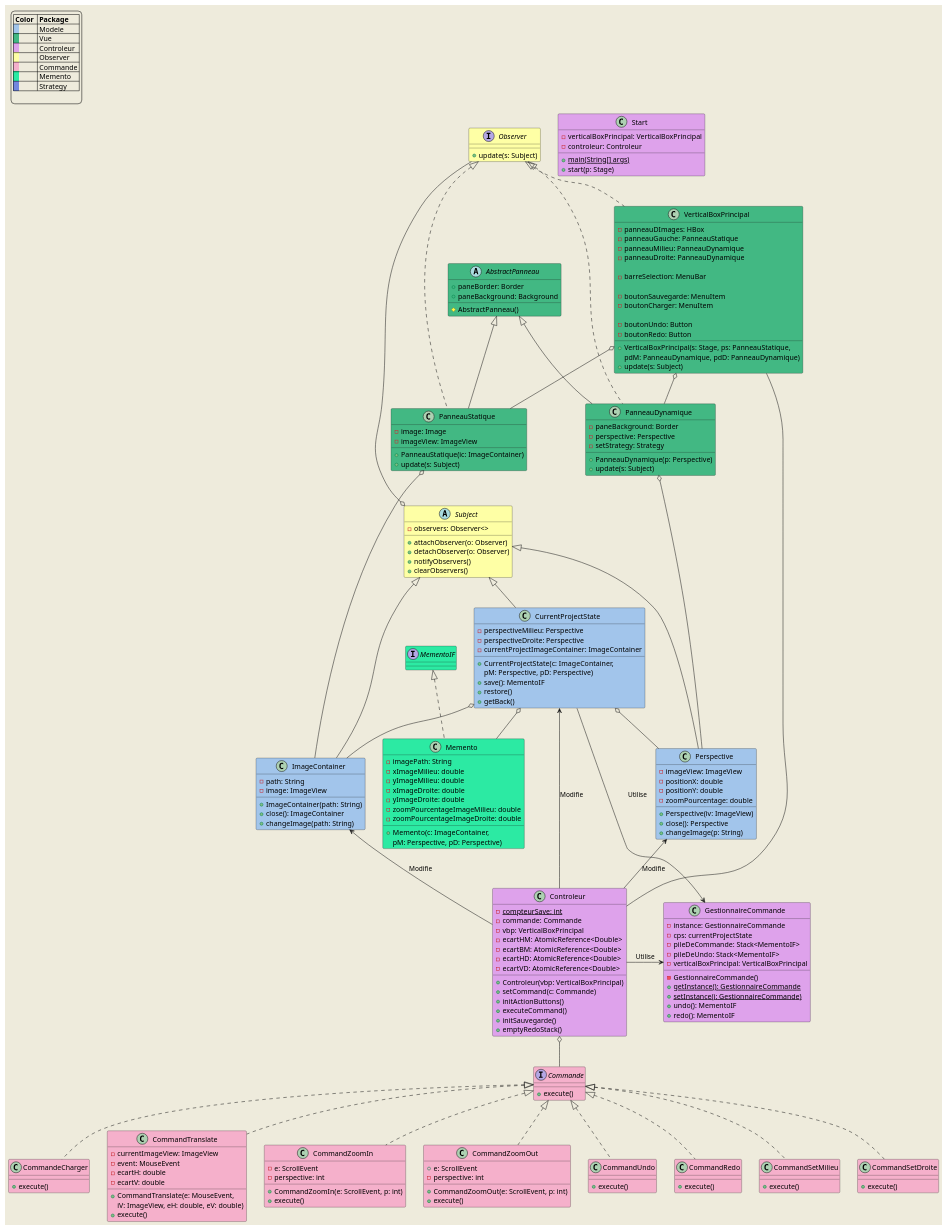
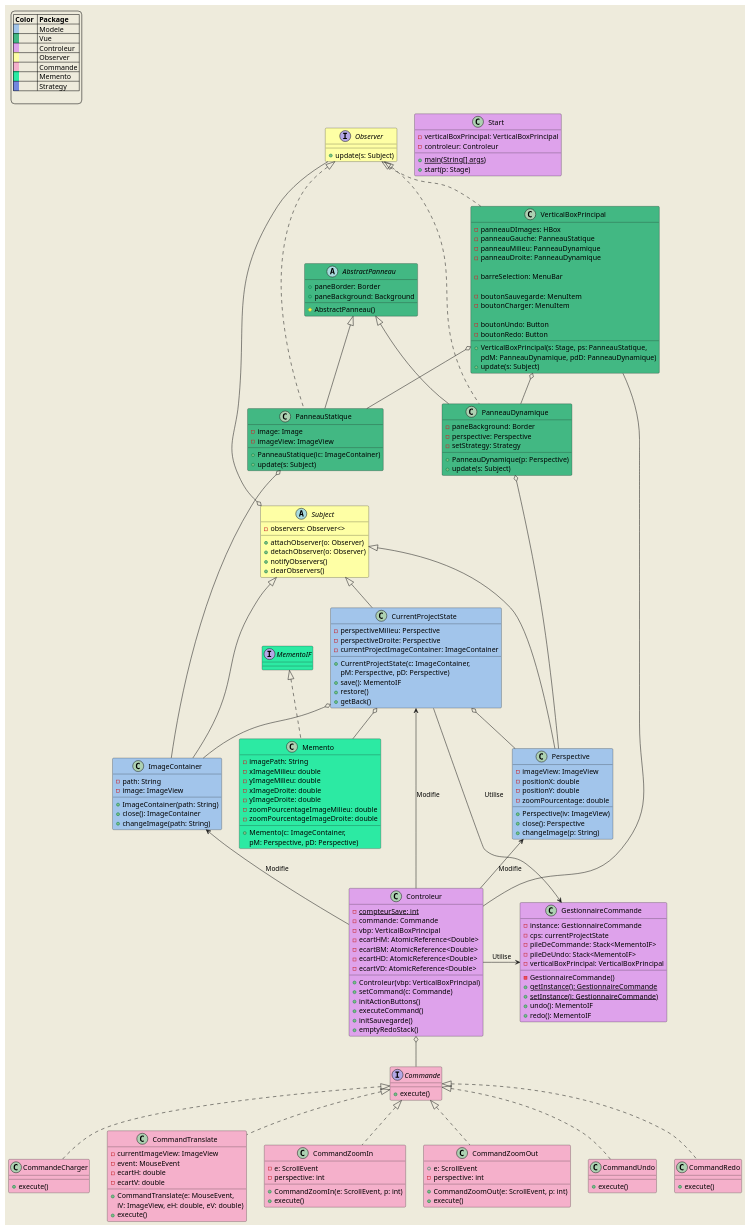
One commit to VelaSam/PerspectivePro changed the diagram in src/diagrammes/diagramme_de_classe_global.puml. Above: the diagram before and after it, drawn with PlantUML. The commit also changed 23 other files, not shown here.

```diff
--- a/src/diagrammes/diagramme_de_classe_global.puml
+++ b/src/diagrammes/diagramme_de_classe_global.puml
@@ -76,14 +76,6 @@
     }
 
     class CommandRedo #F5B0CB implements Commande{
-        +execute()
-    }
-
-    class CommandSetMilieu #F5B0CB implements Commande{
-        +execute()
-    }
-
-    class CommandSetDroite #F5B0CB implements Commande{
         +execute()
     }
     '-----------COMMAND--------------'
```
